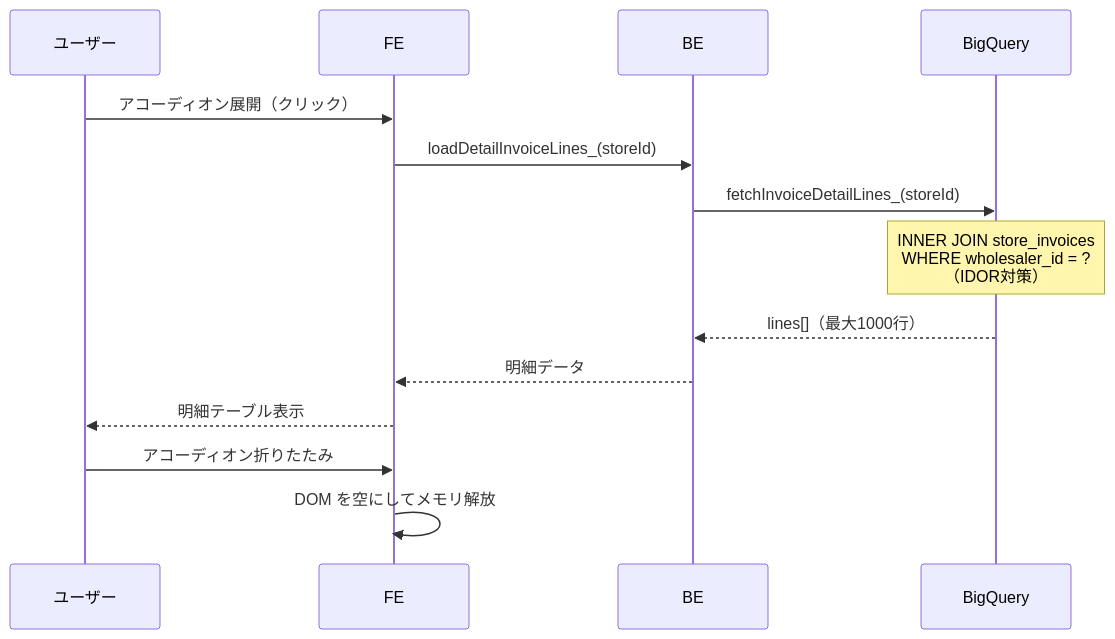
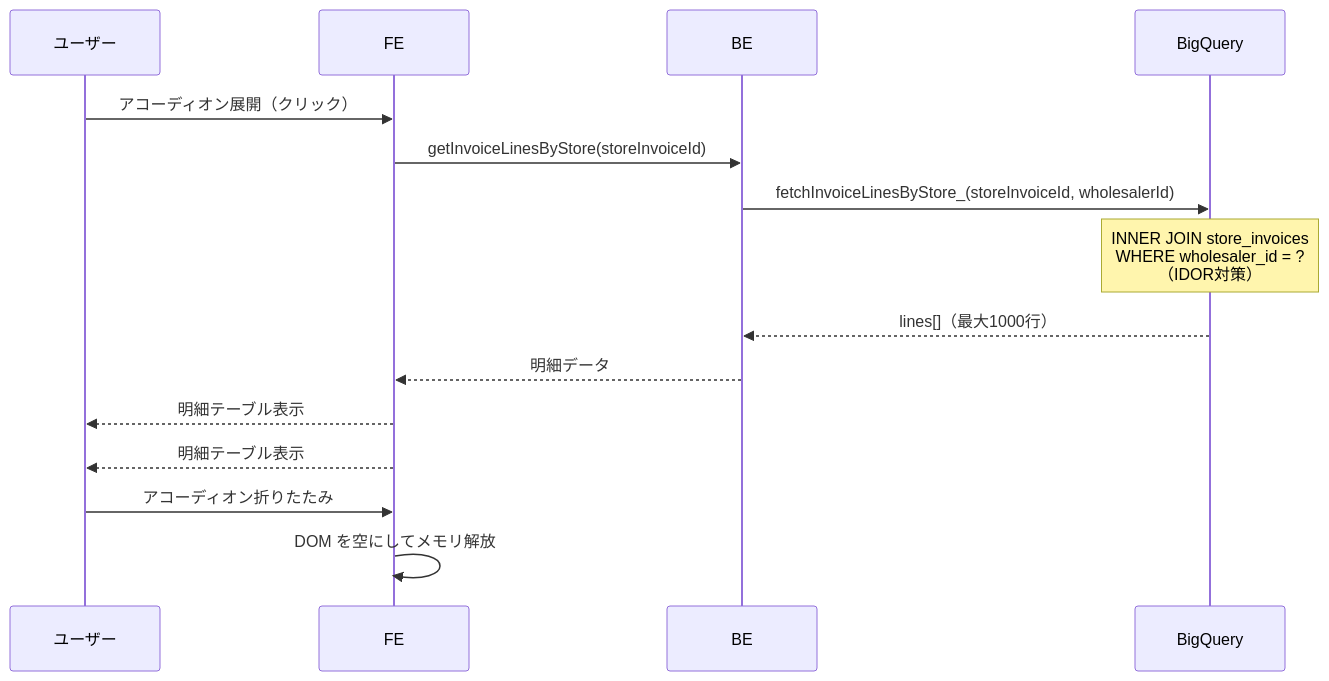
The fourth of 17 diagrams in docs/specifications/04_detail_page.md (USEN-PAY-Products/connect-wholesale-gas-poc), drawn with Mermaid before and after one commit. The commit also changed other lines of this file and 13 other files, not shown here.

````diff
--- a/docs/specifications/04_detail_page.md
+++ b/docs/specifications/04_detail_page.md
@@ -141,18 +144,19 @@
 ```mermaid
 sequenceDiagram
     participant U as ユーザー
     participant FE as FE
     participant BE as BE
     participant BQ as BigQuery
 
     U->>FE: アコーディオン展開（クリック）
-    FE->>BE: loadDetailInvoiceLines_(storeId)
-    BE->>BQ: fetchInvoiceDetailLines_(storeId)
+    FE->>BE: getInvoiceLinesByStore(storeInvoiceId)
+    BE->>BQ: fetchInvoiceLinesByStore_(storeInvoiceId, wholesalerId)
     Note over BQ: INNER JOIN store_invoices<br/>WHERE wholesaler_id = ?<br/>（IDOR対策）
     BQ-->>BE: lines[]（最大1000行）
     BE-->>FE: 明細データ
+    FE-->>U: 明細テーブル表示
     FE-->>U: 明細テーブル表示
 
     U->>FE: アコーディオン折りたたみ
     FE->>FE: DOM を空にしてメモリ解放
 ```
````
